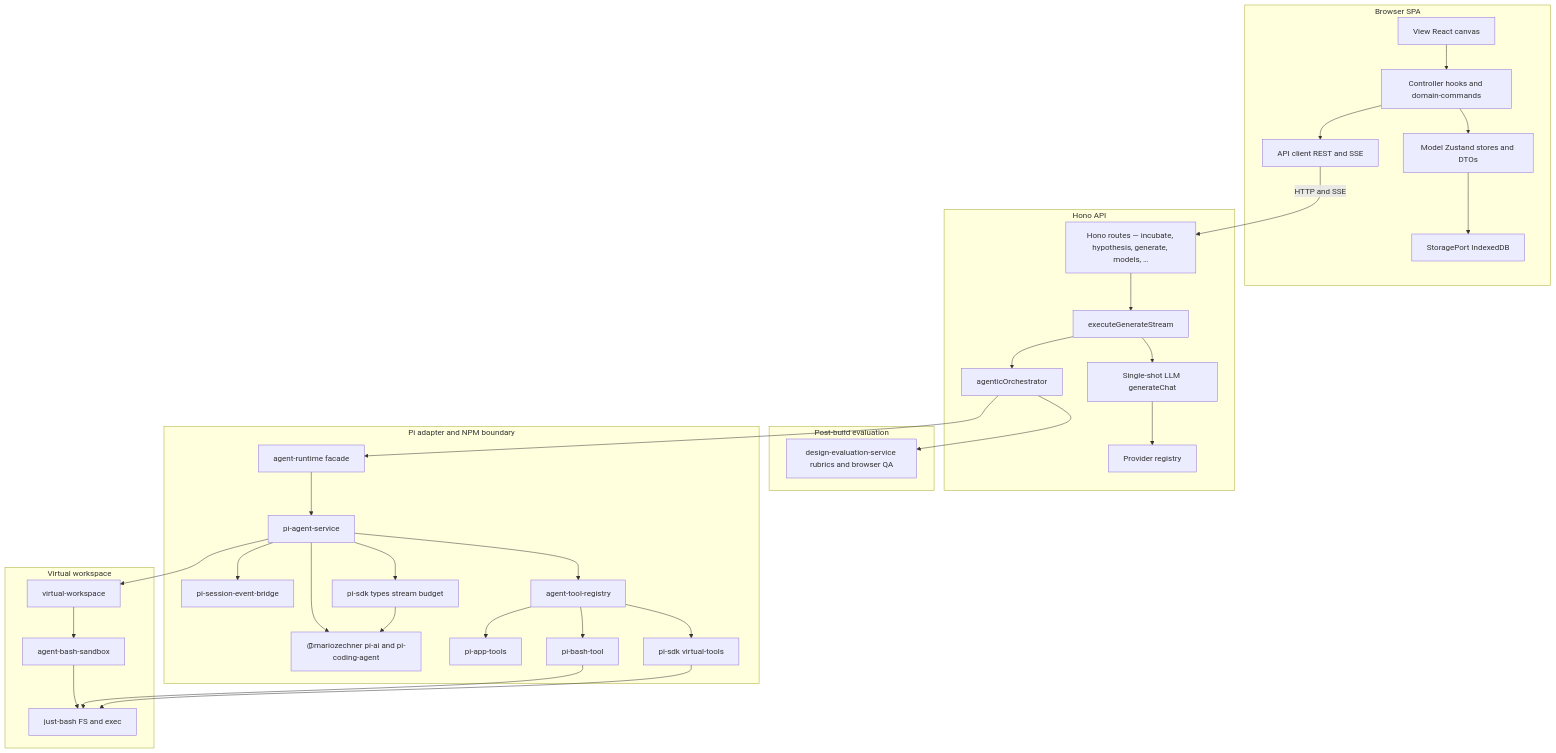
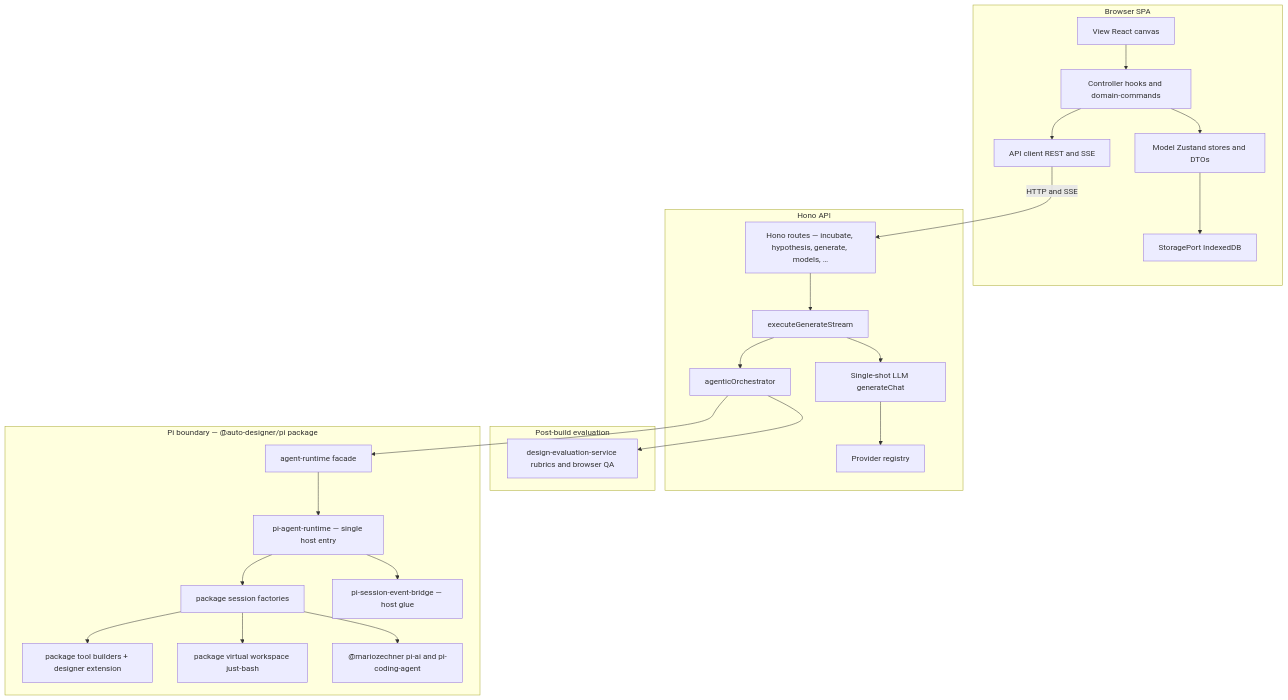
One commit to wolfyy970/designer changed the second of 4 diagrams in ARCHITECTURE.md. Above: the diagram before and after it, drawn with Mermaid. The commit also changed other lines of this file and 13 other files, not shown here.

````diff
--- a/ARCHITECTURE.md
+++ b/ARCHITECTURE.md
@@ -43,67 +43,51 @@
 ```mermaid
 flowchart TB
   subgraph client [Browser SPA]
     viewLayer[View React canvas]
     controllerLayer[Controller hooks and domain-commands]
     modelLayer[Model Zustand stores and DTOs]
     storagePort[StoragePort IndexedDB]
     apiClient[API client REST and SSE]
     viewLayer --> controllerLayer
     controllerLayer --> modelLayer
     controllerLayer --> apiClient
     modelLayer --> storagePort
   end
 
   subgraph server [Hono API]
     routes[Hono routes — incubate, hypothesis, generate, models, …]
     genExec[executeGenerateStream]
     singleShot[Single-shot LLM generateChat]
     providers[Provider registry]
     agentOrch[agenticOrchestrator]
     routes --> genExec
     genExec --> singleShot
     genExec --> agentOrch
     singleShot --> providers
   end
 
   subgraph evaluation [Post-build evaluation]
     evalSvc[design-evaluation-service rubrics and browser QA]
   end
 
-  subgraph piAdapter [Pi adapter and NPM boundary]
+  subgraph piAdapter [Pi boundary — @auto-designer/pi package]
     runtime[agent-runtime facade]
-    runSession[pi-agent-service]
-    toolRegistry[agent-tool-registry]
-    virtualTools[pi-sdk virtual-tools]
-    piSdkRest[pi-sdk types stream budget]
+    piRuntime[pi-agent-runtime — single host entry]
+    pkgSession[package session factories]
+    pkgTools[package tool builders + designer extension]
+    pkgVfs[package virtual workspace just-bash]
     piNpm["@mariozechner pi-ai and pi-coding-agent"]
-    eventBridge[pi-session-event-bridge]
-    bashTool[pi-bash-tool]
-    appTools[pi-app-tools]
-    runtime --> runSession
-    runSession --> toolRegistry
-    toolRegistry --> virtualTools
-    toolRegistry --> bashTool
-    toolRegistry --> appTools
-    runSession --> piSdkRest
-    runSession --> piNpm
-    runSession --> eventBridge
-    piSdkRest --> piNpm
-  end
-
-  subgraph vws [Virtual workspace]
-    workspaceContract[virtual-workspace]
-    sandboxSeed[agent-bash-sandbox]
-    bashRuntime[just-bash FS and exec]
-    workspaceContract --> sandboxSeed
-    sandboxSeed --> bashRuntime
+    eventBridge[pi-session-event-bridge — host glue]
+    runtime --> piRuntime
+    piRuntime --> pkgSession
+    pkgSession --> pkgTools
+    pkgSession --> pkgVfs
+    pkgSession --> piNpm
+    piRuntime --> eventBridge
   end
 
   agentOrch --> evalSvc
   agentOrch --> runtime
-  runSession --> workspaceContract
-  virtualTools --> bashRuntime
-  bashTool --> bashRuntime
 
   apiClient -->|HTTP and SSE| routes
 ```
````
